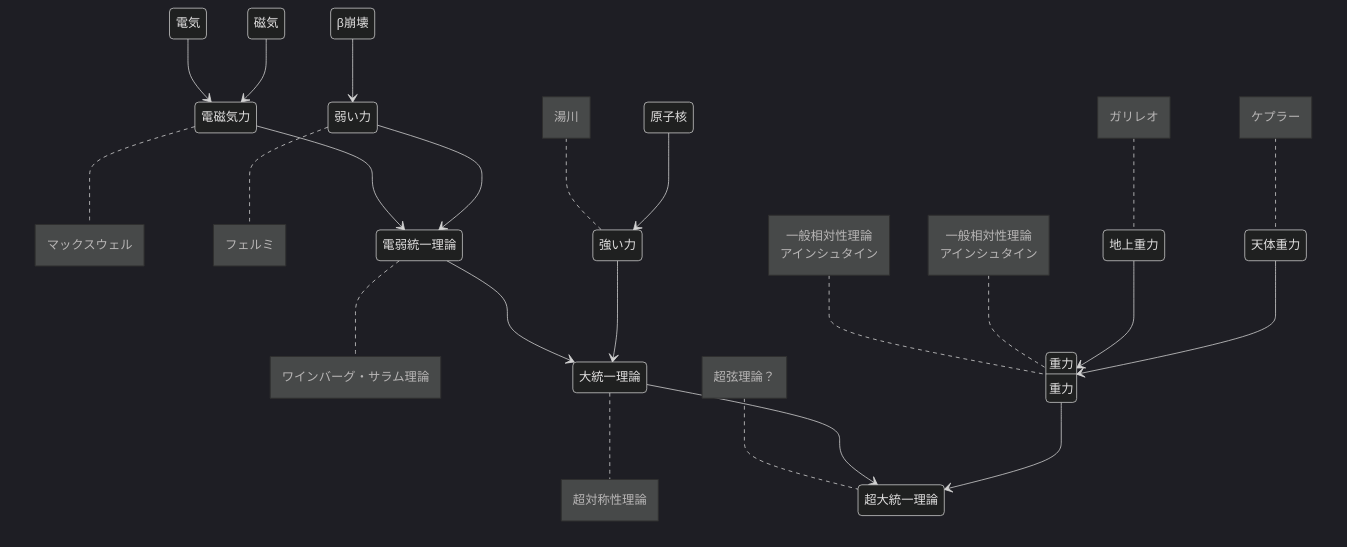
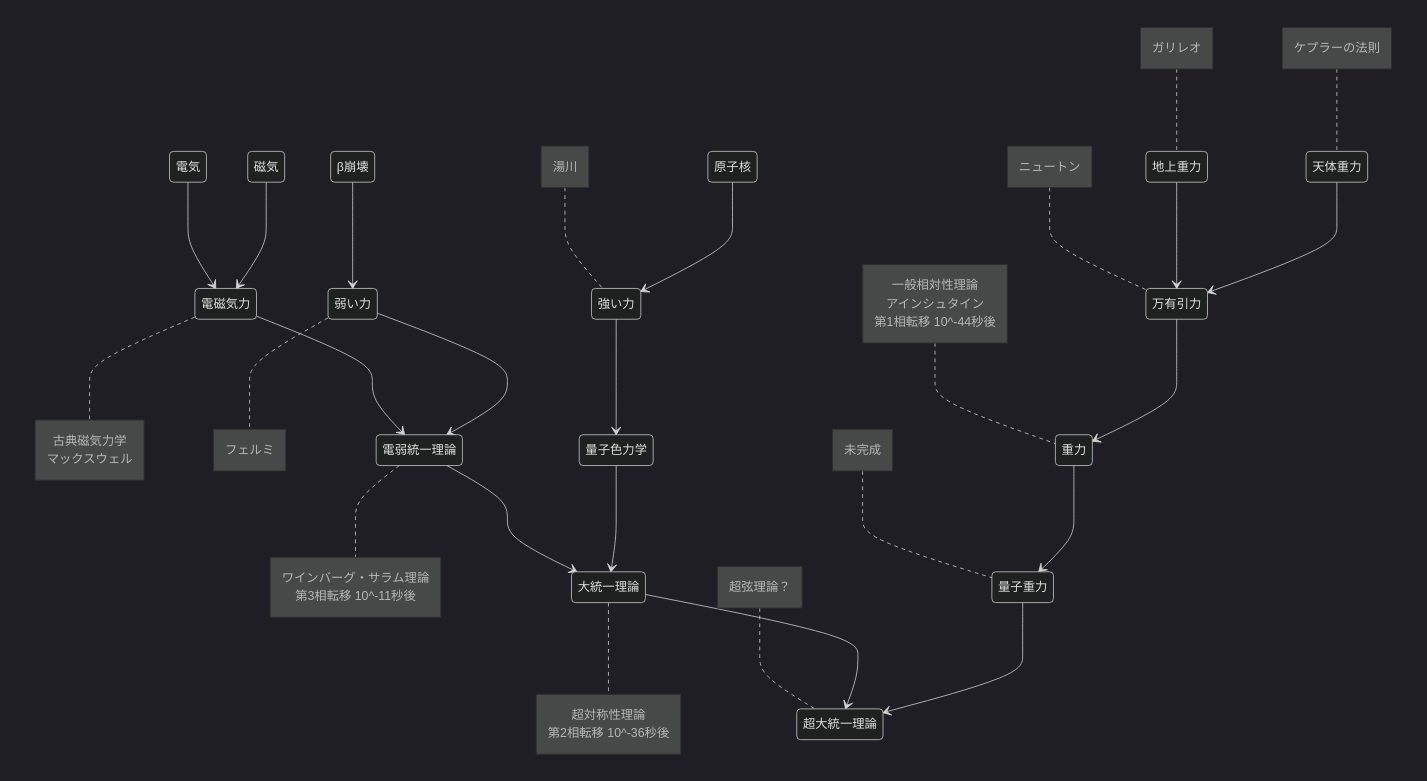
The diagram in Theory.md (GOAMI-Takaaki/physics), drawn with Mermaid (dark theme) before and after one commit. The commit also changed other lines of this file and 3 other files, not shown here.

````diff
--- a/Theory.md
+++ b/Theory.md
@@ -3,49 +3,70 @@
 ```mermaid
 stateDiagram-v2
 
     state "電気" as el
     state "磁気" as ma
     state "電磁気力" as f
-    note right of f: マックスウェル
+    note right of f
+        古典磁気力学
+        マックスウェル
+    end note
 
     state "β崩壊" as b
     state "弱い力" as w
     note right of w: フェルミ
-
     state "電弱統一理論" as fw
-    note right of fw: ワインバーグ・サラム理論
+    note right of fw
+        ワインバーグ・サラム理論
+        第3相転移 10^-11秒後
+    end note
 
     state "原子核" as at
     state "強い力" as gl
+    state "量子色力学" as qc
     note left of gl: 湯川
     state "大統一理論" as fwgl
-    note right of fwgl: 超対称性理論
+    note right of fwgl
+        超対称性理論
+        第2相転移 10^-36秒後
+    end note
 
     state "地上重力" as mo
     note left of mo: ガリレオ
 
     state "天体重力" as as
-    note left of as: ケプラー
+    note left of as
+        ケプラーの法則
+    end note
+
+    state "万有引力" as ug
+    note left of ug: ニュートン
 
     state "重力" as gr
-    note left of gr: 一般相対性理論<br/>アインシュタイン
+    note left of gr
+        一般相対性理論
+        アインシュタイン
+        第1相転移 10^-44秒後
+    end note
     
-    state "重力" as gr
-    note left of gr: 一般相対性理論<br/>アインシュタイン
+    state "量子重力" as qgr
+    note left of qgr: 未完成
 
     state "超大統一理論" as fwglr
     note left of fwglr: 超弦理論？
 
     el --> f
     ma --> f
     f --> fw
     b --> w
     w --> fw
     fw --> fwgl
     at --> gl
-    gl --> fwgl
+    gl --> qc
+    qc --> fwgl
     fwgl --> fwglr
-    mo --> gr
-    as --> gr
-    gr --> fwglr
+    mo --> ug
+    as --> ug
+    ug --> gr
+    gr --> qgr
+    qgr --> fwglr
 ```
````
